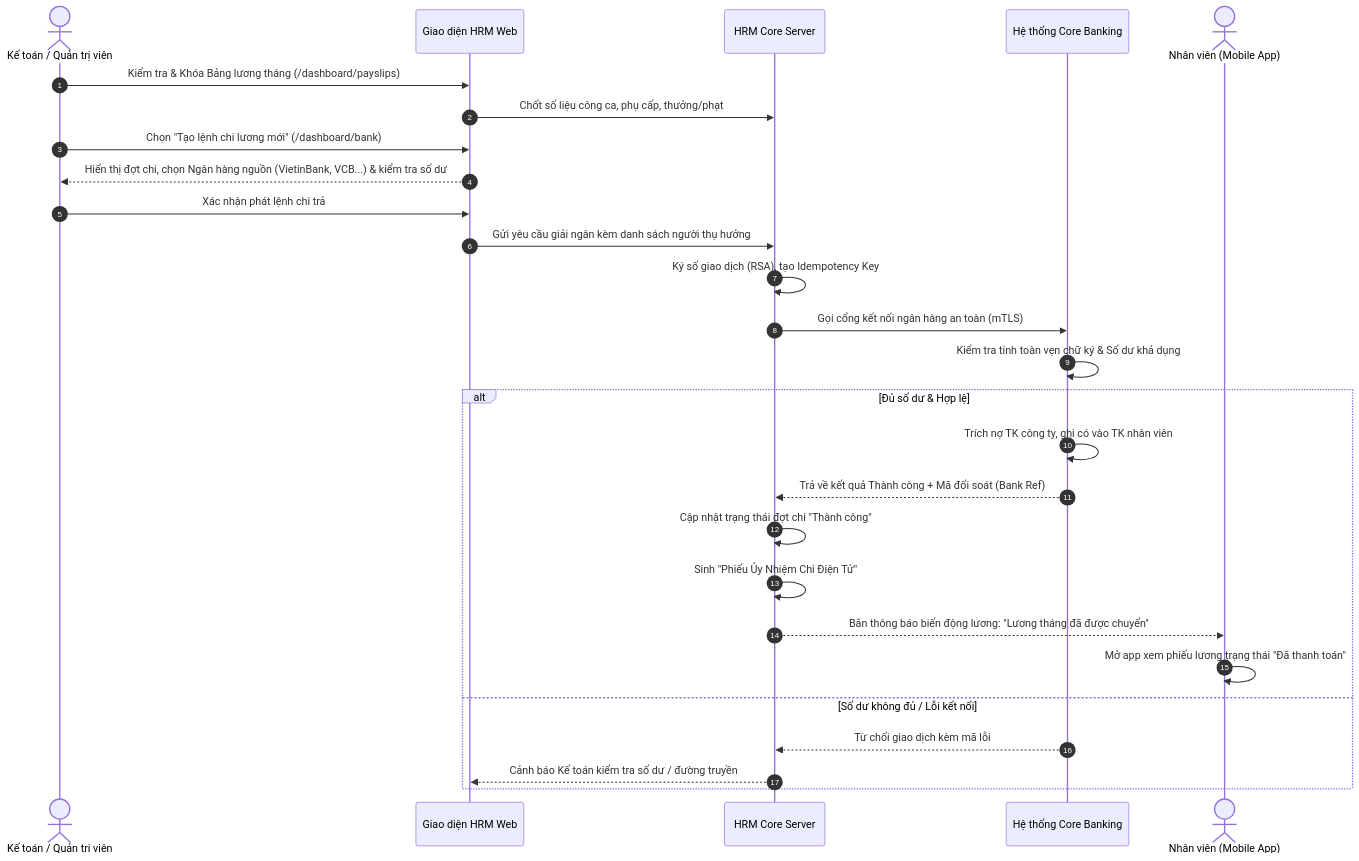
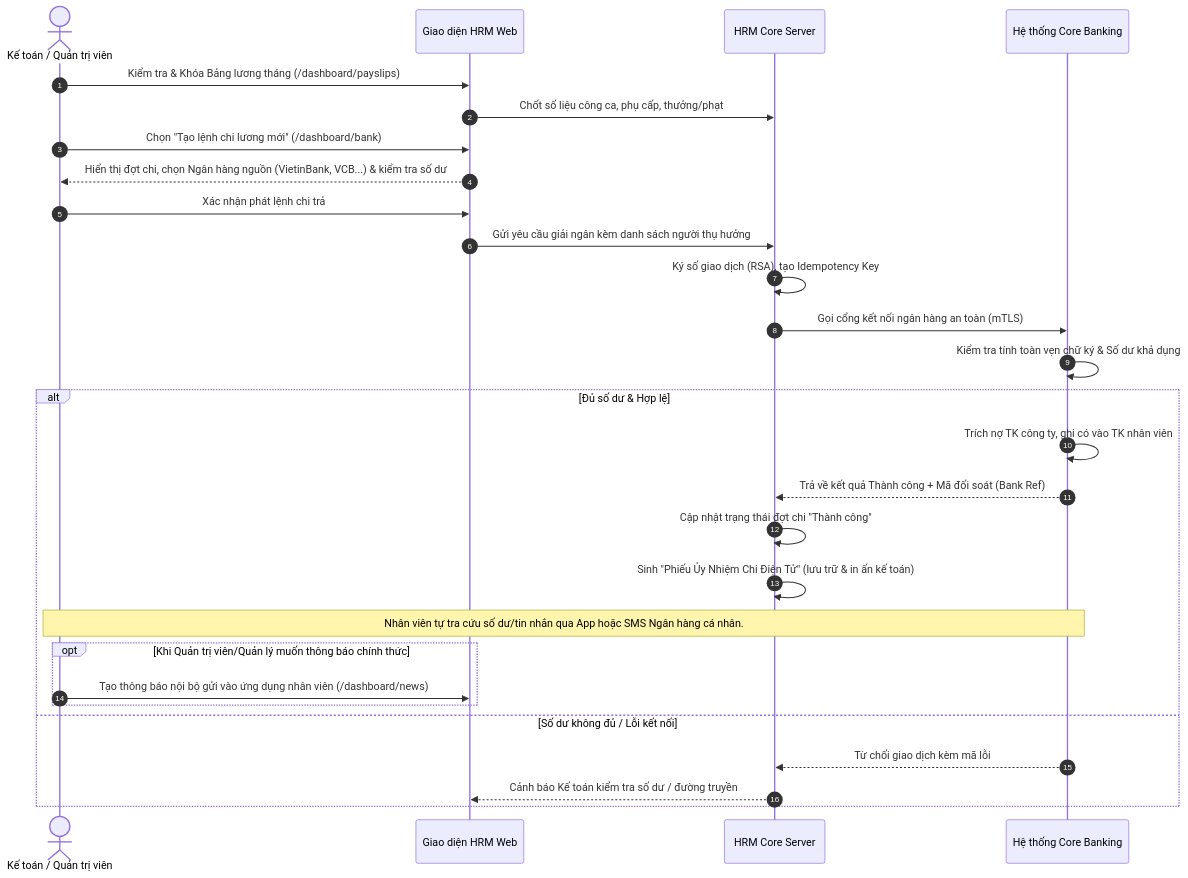
Before and after one commit to TuNaLuvyou/PTPMDV: the diagram in NGHIEP_VU_CHI_LUONG_NGAN_HANG.md, drawn with Mermaid. The commit also changed other lines of this file and 1 other file, not shown here.

Commit message:
docs(bank): remove auto mobile notification on salary transfer

````diff
--- a/NGHIEP_VU_CHI_LUONG_NGAN_HANG.md
+++ b/NGHIEP_VU_CHI_LUONG_NGAN_HANG.md
@@ -65,30 +68,31 @@
 ```mermaid
 sequenceDiagram
     autonumber
     actor HR as Kế toán / Quản trị viên
     participant Web as Giao diện HRM Web
     participant Server as HRM Core Server
     participant Bank as Hệ thống Core Banking
-    actor Staff as Nhân viên (Mobile App)
 
     HR->>Web: Kiểm tra & Khóa Bảng lương tháng (/dashboard/payslips)
     Web->>Server: Chốt số liệu công ca, phụ cấp, thưởng/phạt
     HR->>Web: Chọn "Tạo lệnh chi lương mới" (/dashboard/bank)
     Web-->>HR: Hiển thị đợt chi, chọn Ngân hàng nguồn (VietinBank, VCB...) & kiểm tra số dư
     HR->>Web: Xác nhận phát lệnh chi trả
     Web->>Server: Gửi yêu cầu giải ngân kèm danh sách người thụ hưởng
     Server->>Server: Ký số giao dịch (RSA), tạo Idempotency Key
     Server->>Bank: Gọi cổng kết nối ngân hàng an toàn (mTLS)
     Bank->>Bank: Kiểm tra tính toàn vẹn chữ ký & Số dư khả dụng
     alt Đủ số dư & Hợp lệ
         Bank->>Bank: Trích nợ TK công ty, ghi có vào TK nhân viên
         Bank-->>Server: Trả về kết quả Thành công + Mã đối soát (Bank Ref)
         Server->>Server: Cập nhật trạng thái đợt chi "Thành công"
-        Server->>Server: Sinh "Phiếu Ủy Nhiệm Chi Điện Tử"
-        Server-->>Staff: Bắn thông báo biến động lương: "Lương tháng đã được chuyển"
-        Staff->>Staff: Mở app xem phiếu lương trạng thái "Đã thanh toán"
+        Server->>Server: Sinh "Phiếu Ủy Nhiệm Chi Điện Tử" (lưu trữ & in ấn kế toán)
+        Note over Bank,HR: Nhân viên tự tra cứu số dư/tin nhắn qua App hoặc SMS Ngân hàng cá nhân.
+        opt Khi Quản trị viên/Quản lý muốn thông báo chính thức
+            HR->>Web: Tạo thông báo nội bộ gửi vào ứng dụng nhân viên (/dashboard/news)
+        end
     else Số dư không đủ / Lỗi kết nối
         Bank-->>Server: Từ chối giao dịch kèm mã lỗi
         Server-->>Web: Cảnh báo Kế toán kiểm tra số dư / đường truyền
     end
 ```
````
